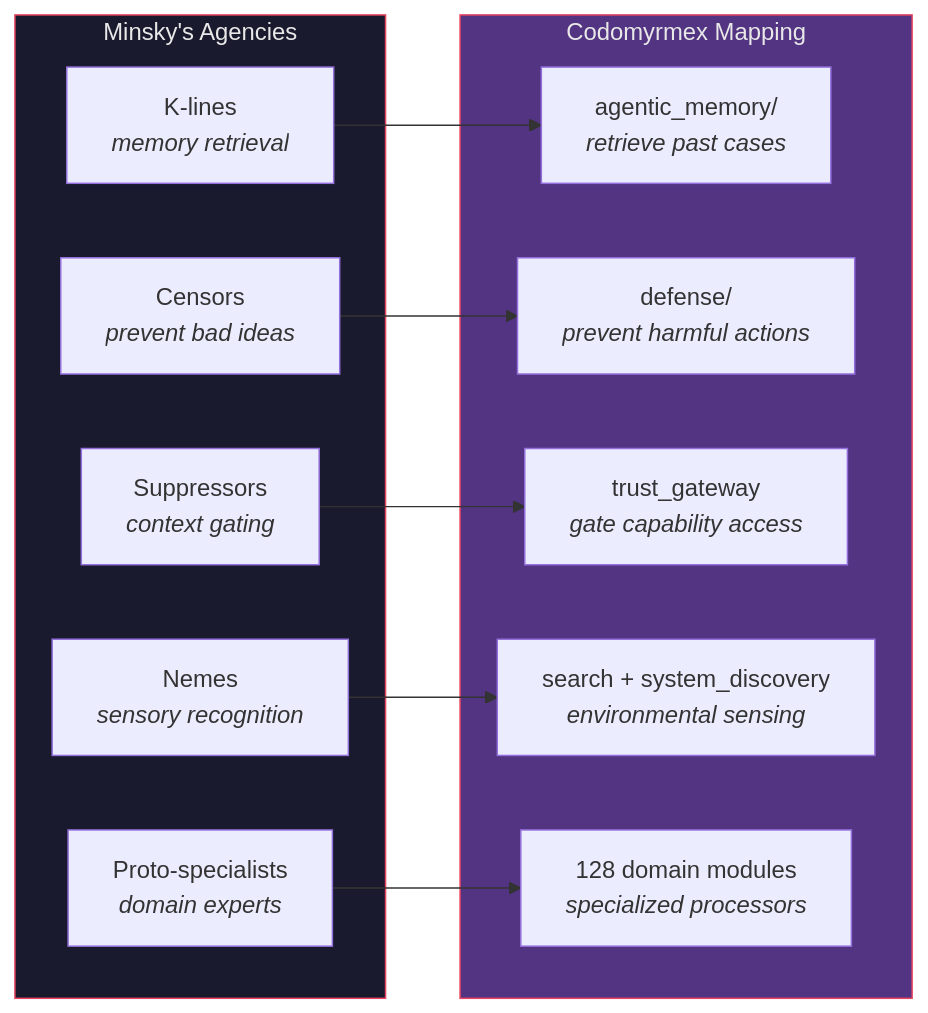
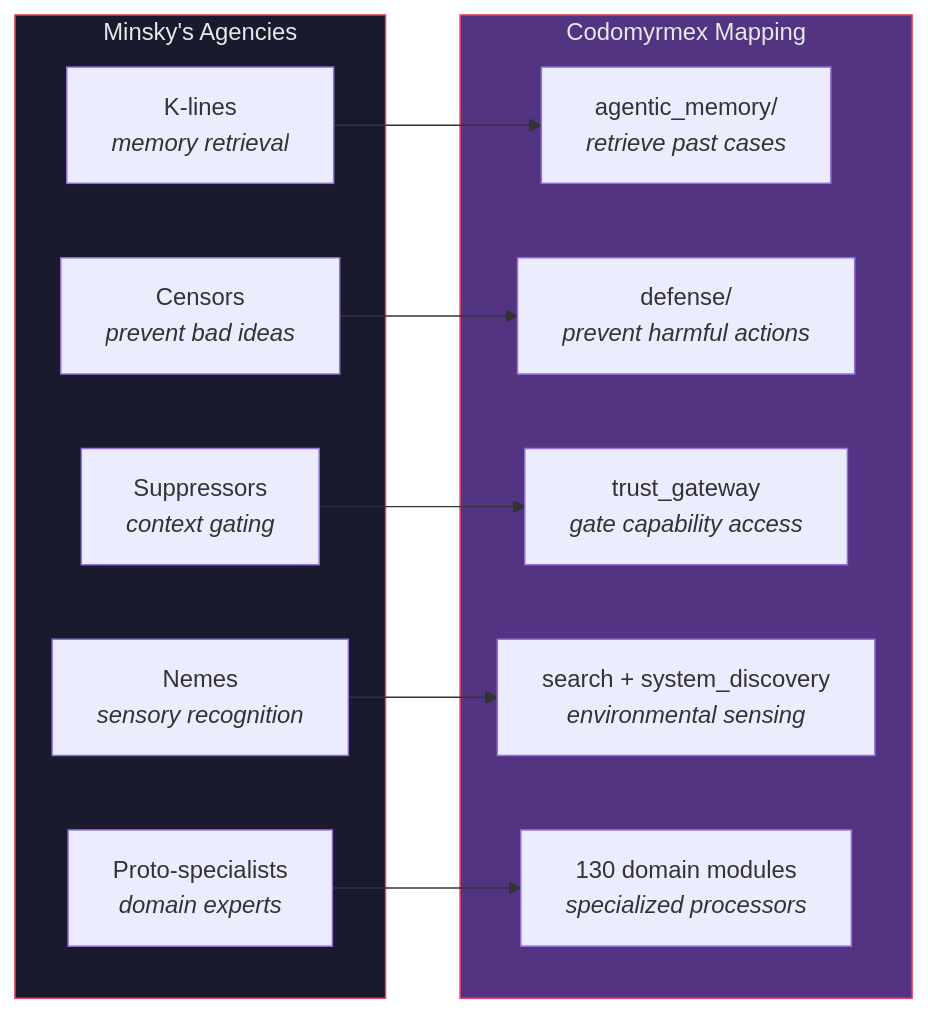
One commit to docxology/codomyrmex changed the second of 2 diagrams in docs/agi/the_colony_thesis.md. Above: the diagram before and after it, drawn with Mermaid. The commit also changed other lines of this file and 255 other files, not shown here.

````diff
--- a/docs/agi/the_colony_thesis.md
+++ b/docs/agi/the_colony_thesis.md
@@ -166,27 +166,27 @@
 ```mermaid
 graph LR
     subgraph MINSKY["Minsky's Agencies"]
         K_LINE["K-lines<br/><i>memory retrieval</i>"]
         CENSOR["Censors<br/><i>prevent bad ideas</i>"]
         SUPPRESSOR["Suppressors<br/><i>context gating</i>"]
         NEME["Nemes<br/><i>sensory recognition</i>"]
         PROTO["Proto-specialists<br/><i>domain experts</i>"]
     end
 
     subgraph CDM_MAP["Codomyrmex Mapping"]
         AMEM2["agentic_memory/<br/><i>retrieve past cases</i>"]
         DEFENSE2["defense/<br/><i>prevent harmful actions</i>"]
         TRUST2["trust_gateway<br/><i>gate capability access</i>"]
         SEARCH2["search + system_discovery<br/><i>environmental sensing</i>"]
-        MODULES2["128 domain modules<br/><i>specialized processors</i>"]
+        MODULES2["130 domain modules<br/><i>specialized processors</i>"]
     end
 
     K_LINE --> AMEM2
     CENSOR --> DEFENSE2
     SUPPRESSOR --> TRUST2
     NEME --> SEARCH2
     PROTO --> MODULES2
 
     style MINSKY fill:#1a1a2e,stroke:#e94560,color:#e8e8e8
     style CDM_MAP fill:#533483,stroke:#e94560,color:#e8e8e8
 ```
````
